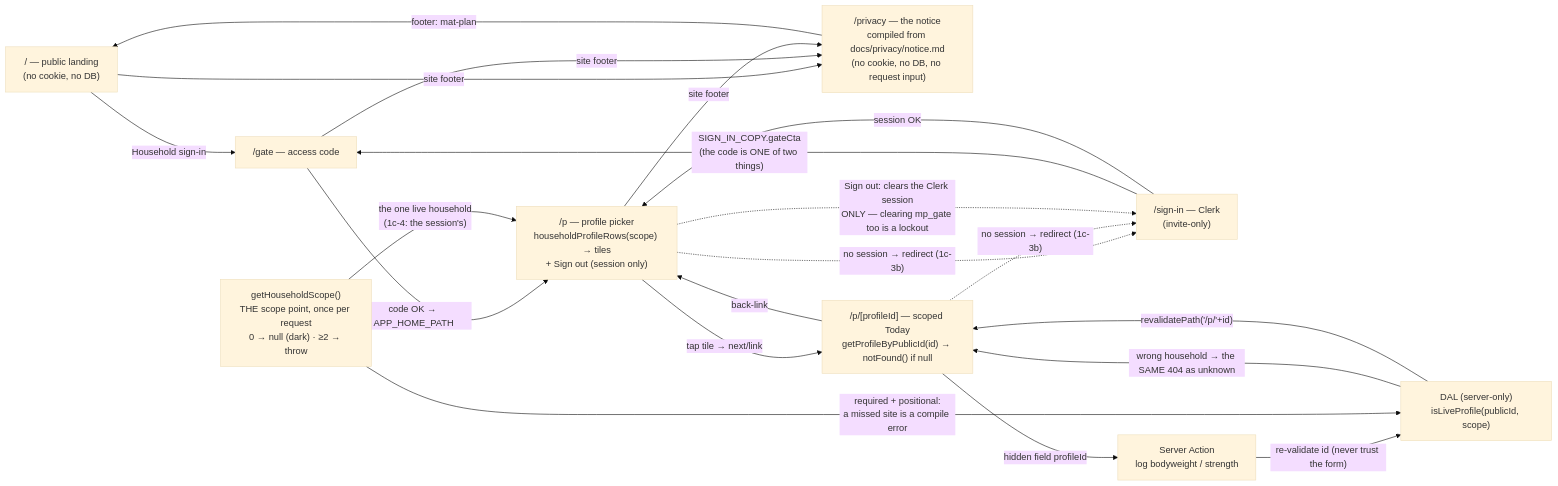
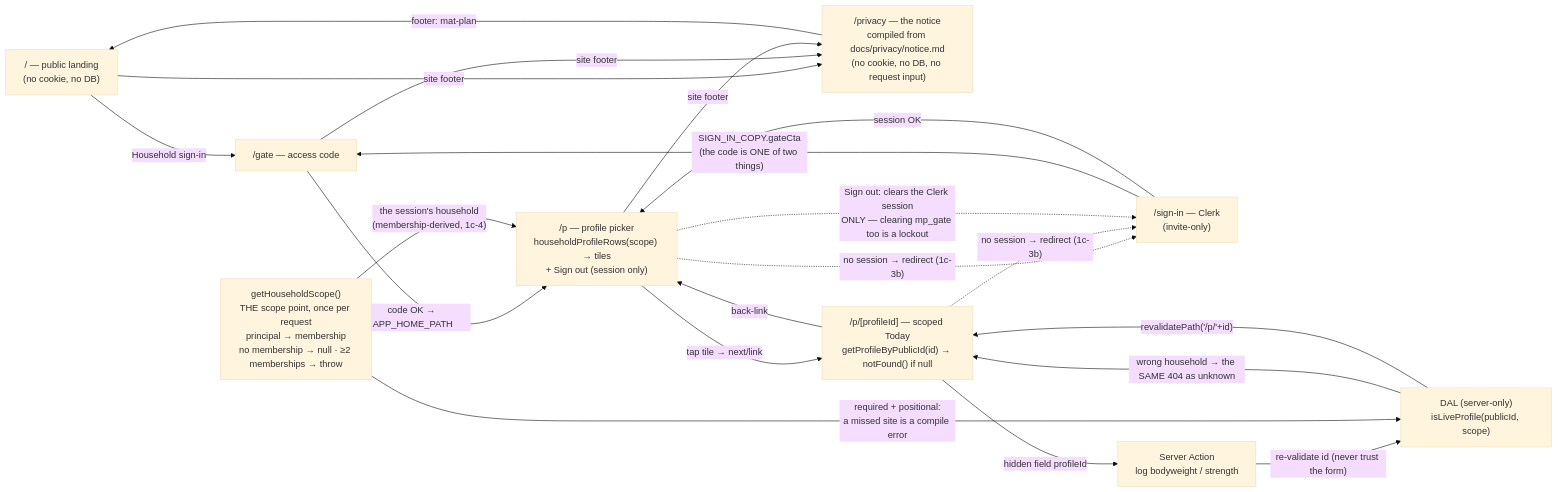
The fourth of 13 diagrams in docs/architecture.md (ralamode/mat-plan), drawn with Mermaid (base theme) before and after one commit. The commit also changed other lines of this file and 40 other files, not shown here.

First line of the commit message:
feat(auth-1c-4): the household scope is derived from the session (#330)

````diff
--- a/docs/architecture.md
+++ b/docs/architecture.md
@@ -211,32 +232,32 @@
 ```mermaid
 flowchart LR
   LANDING["/ — public landing<br/>(no cookie, no DB)"]
   PRIVACY["/privacy — the notice<br/>compiled from docs/privacy/notice.md<br/>(no cookie, no DB, no request input)"]
   GATE["/gate — access code"]
   SIGNIN["/sign-in — Clerk<br/>(invite-only)"]
   PICKER["/p — profile picker<br/>householdProfileRows(scope) → tiles<br/>+ Sign out (session only)"]
   TODAY["/p/[profileId] — scoped Today<br/>getProfileByPublicId(id) → notFound() if null"]
   ACT["Server Action<br/>log bodyweight / strength"]
-  SCOPE["getHouseholdScope()<br/>THE scope point, once per request<br/>0 → null (dark) · ≥2 → throw"]
+  SCOPE["getHouseholdScope()<br/>THE scope point, once per request<br/>principal → membership<br/>no membership → null · ≥2 memberships → throw"]
   DAL["DAL (server-only)<br/>isLiveProfile(publicId, scope)"]
 
   LANDING -->|"Household sign-in"| GATE
   GATE -->|"code OK → APP_HOME_PATH"| PICKER
   LANDING -->|"site footer"| PRIVACY
   GATE -->|"site footer"| PRIVACY
   PICKER -->|"site footer"| PRIVACY
   PRIVACY -->|"footer: mat-plan"| LANDING
   SIGNIN -->|"SIGN_IN_COPY.gateCta<br/>(the code is ONE of two things)"| GATE
   SIGNIN -->|"session OK"| PICKER
   PICKER -.->|"no session → redirect (1c-3b)"| SIGNIN
   TODAY -.->|"no session → redirect (1c-3b)"| SIGNIN
   PICKER -.->|"Sign out: clears the Clerk session<br/>ONLY — clearing mp_gate too is a lockout"| SIGNIN
-  SCOPE -->|"the one live household<br/>(1c-4: the session's)"| PICKER
+  SCOPE -->|"the session's household<br/>(membership-derived, 1c-4)"| PICKER
   PICKER -->|"tap tile → next/link"| TODAY
   TODAY -->|"back-link"| PICKER
   TODAY -->|"hidden field profileId"| ACT
   ACT -->|"re-validate id (never trust the form)"| DAL
   SCOPE -->|"required + positional:<br/>a missed site is a compile error"| DAL
   DAL -->|"wrong household → the SAME 404 as unknown"| TODAY
   DAL -->|"revalidatePath('/p/'+id)"| TODAY
 ```
````
